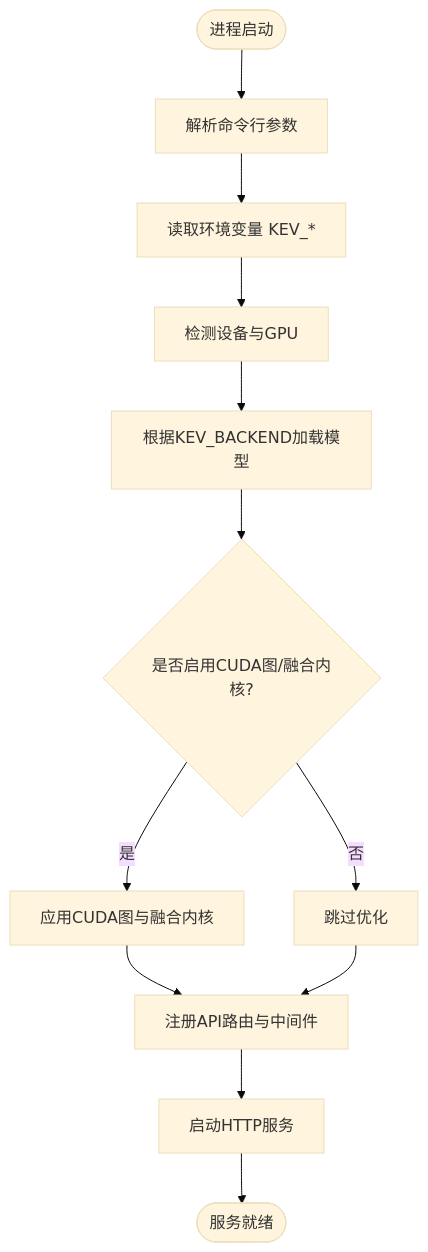
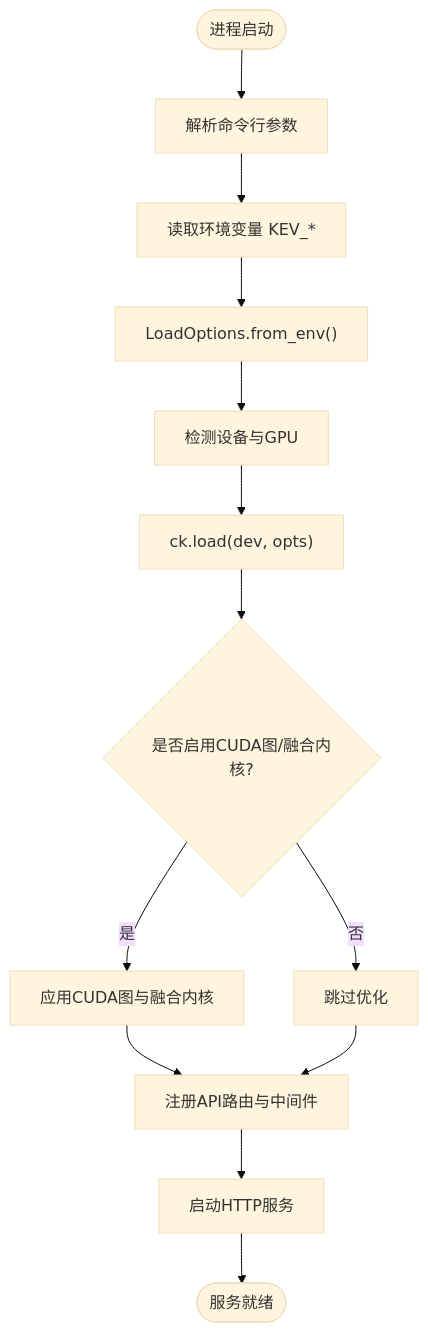
One commit to joezxh/kev changed the third of 7 diagrams in .qoder/repowiki/zh/content/推理服务/服务配置.md. Above: the diagram before and after it, drawn with Mermaid (base theme). The commit also changed other lines of this file and 220 other files, not shown here.

````diff
--- a/.qoder/repowiki/zh/content/推理服务/服务配置.md
+++ b/.qoder/repowiki/zh/content/推理服务/服务配置.md
@@ -115,14 +133,15 @@
 ```mermaid
 flowchart TD
 Start(["进程启动"]) --> ParseArgs["解析命令行参数"]
 ParseArgs --> ReadEnv["读取环境变量 KEV_*"]
-ReadEnv --> DetectDev["检测设备与GPU"]
-DetectDev --> LoadModel["根据KEV_BACKEND加载模型"]
+ReadEnv --> LoadOpts["LoadOptions.from_env()"]
+LoadOpts --> DetectDev["检测设备与GPU"]
+DetectDev --> LoadModel["ck.load(dev, opts)"]
 LoadModel --> Optimize{"是否启用CUDA图/融合内核?"}
 Optimize --> |是| ApplyOpt["应用CUDA图与融合内核"]
 Optimize --> |否| SkipOpt["跳过优化"]
 ApplyOpt --> RegisterRoutes["注册API路由与中间件"]
 SkipOpt --> RegisterRoutes
 RegisterRoutes --> RunServer["启动HTTP服务"]
 RunServer --> End(["服务就绪"])
 ```
````
